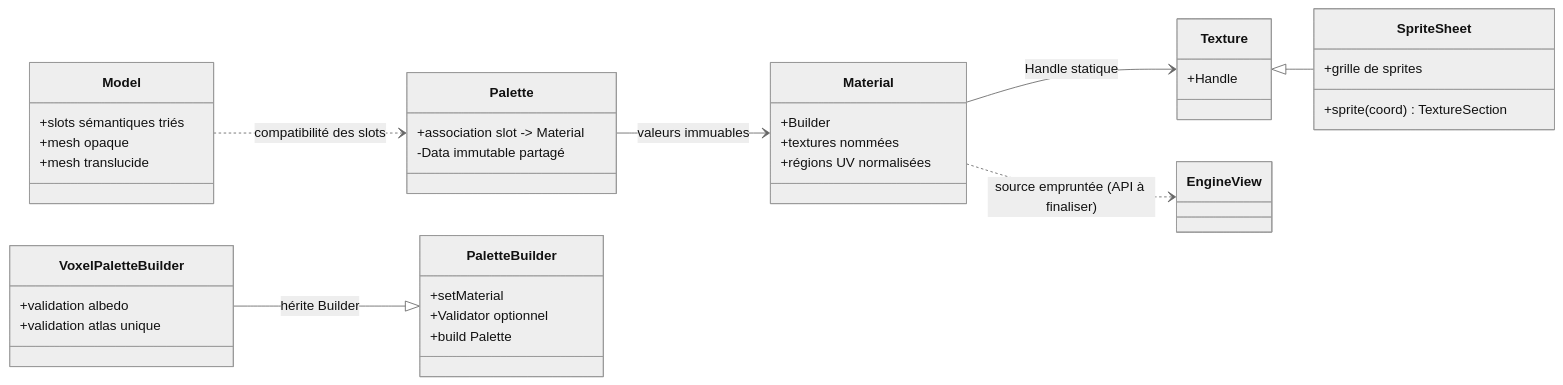
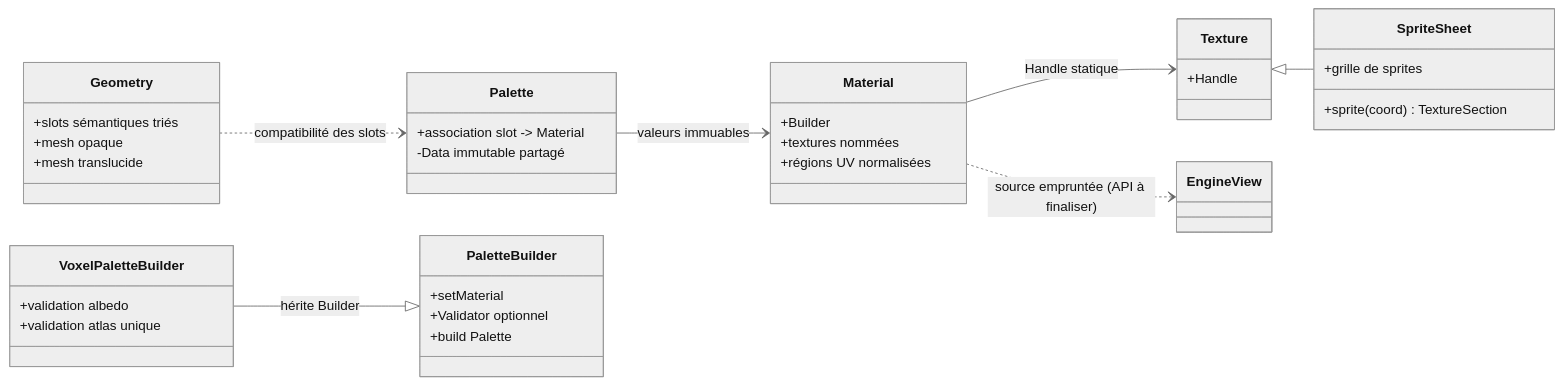
Before and after one commit to EreliaStudio/Sparkle: the first of 3 diagrams in docs/voxel-engine-v0.1.4/04-materiaux-textures-palettes.md, drawn with Mermaid (neutral theme). The commit also changed other lines of this file and 5 other files, not shown here.

Commit message:
docs: align voxel and Model3D architecture with merged PR01-08

````diff
--- a/docs/voxel-engine-v0.1.4/04-materiaux-textures-palettes.md
+++ b/docs/voxel-engine-v0.1.4/04-materiaux-textures-palettes.md
@@ -7,40 +7,40 @@
 ```mermaid
 classDiagram
   direction LR
   class Material {
     +Builder
     +textures nommées
     +régions UV normalisées
   }
   class Texture {
     +Handle
   }
   class SpriteSheet {
     +sprite(coord) TextureSection
     +grille de sprites
   }
   class Palette {
     +association slot -> Material
     -Data immutable partagé
   }
   class PaletteBuilder {
     +setMaterial
     +Validator optionnel
     +build Palette
   }
   class VoxelPaletteBuilder {
     +validation albedo
     +validation atlas unique
   }
-  class Model {
+  class Geometry {
     +slots sémantiques triés
     +mesh opaque
     +mesh translucide
   }
   Texture <|-- SpriteSheet
   Material --> Texture : Handle statique
   Material ..> EngineView : source empruntée (API à finaliser)
   VoxelPaletteBuilder --|> PaletteBuilder : hérite Builder
   Palette --> Material : valeurs immuables
-  Model ..> Palette : compatibilité des slots
+  Geometry ..> Palette : compatibilité des slots
 ```
````
